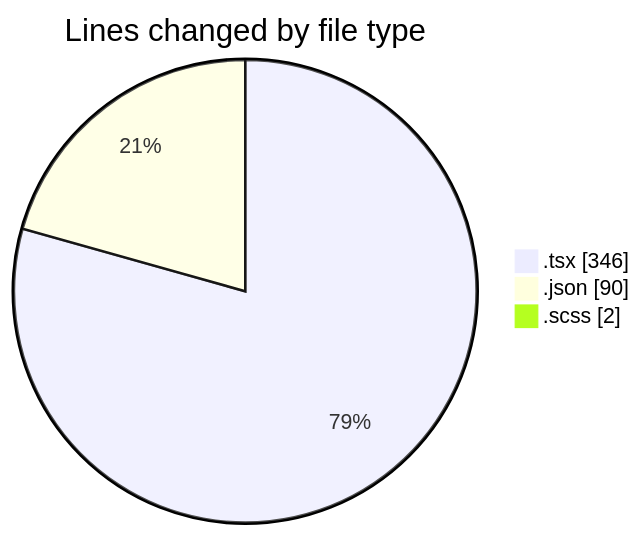
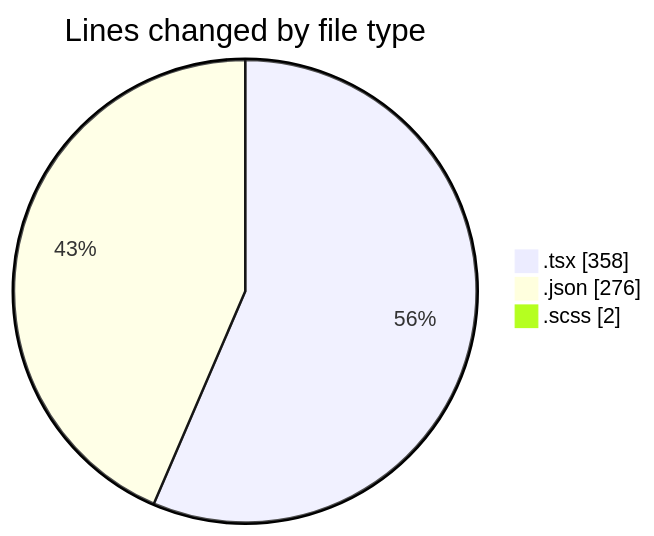
One commit to momahboobian/code-tracking changed the first of 2 diagrams in 2026-05-13/cda/README.md. Above: the diagram before and after it, drawn with Mermaid. The commit also changed other lines of this file and 1 other file, not shown here.

````diff
--- a/2026-05-13/cda/README.md
+++ b/2026-05-13/cda/README.md
@@ -24,7 +25,7 @@
 ```mermaid
 pie showData
 title Lines changed by file type
-".tsx" : 346
-".json" : 90
+".tsx" : 358
+".json" : 276
 ".scss" : 2
 ```
````
